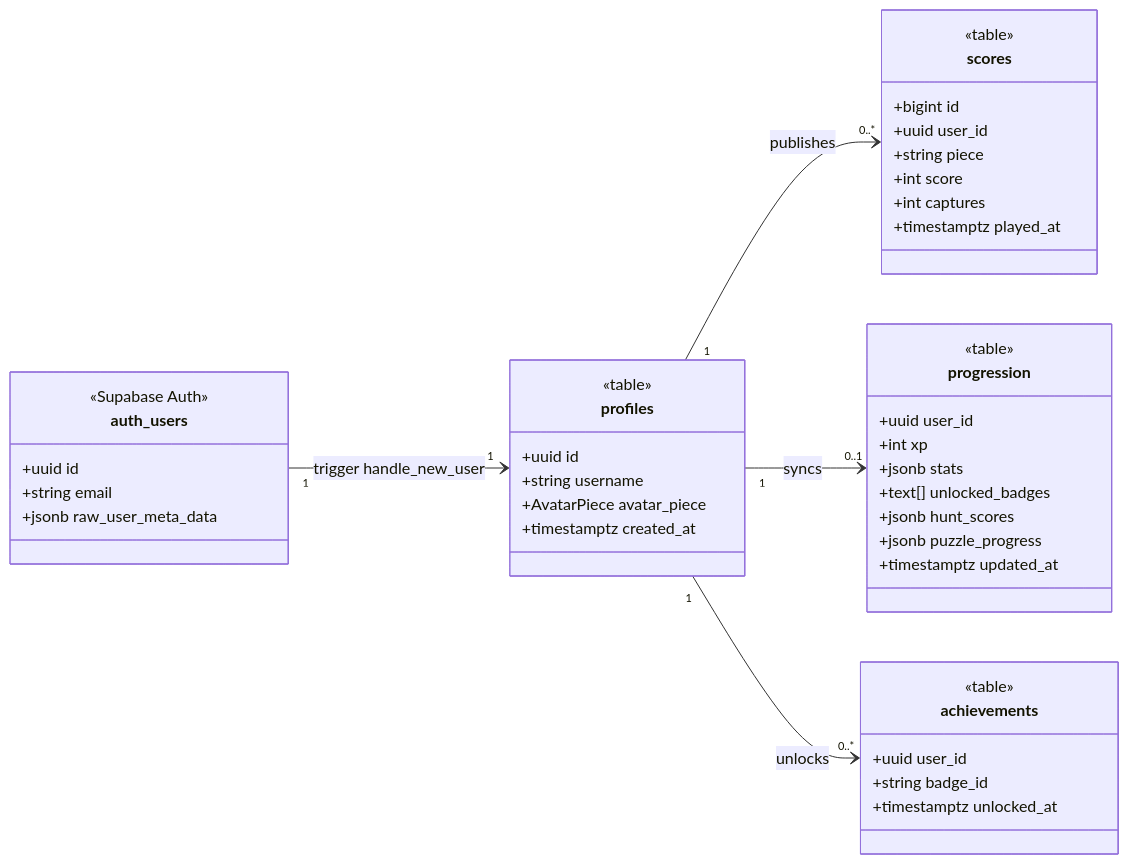
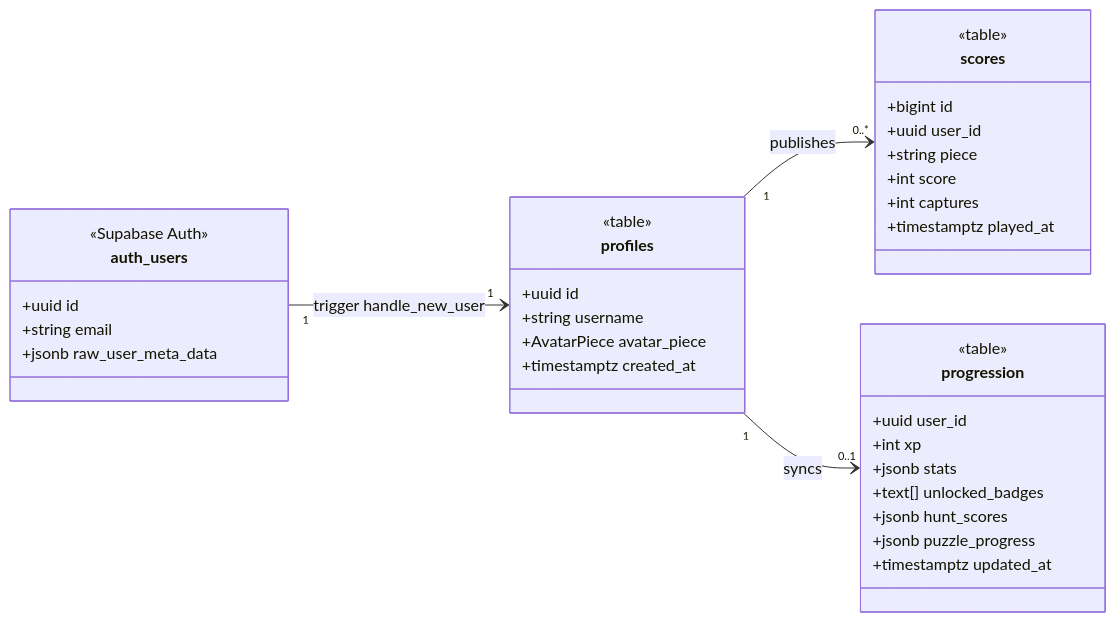
One commit to Amayyas/ChessTrainer changed the fourth of 4 diagrams in docs/architecture.md. Above: the diagram before and after it, drawn with Mermaid. The commit also changed other lines of this file and 4 other files, not shown here.

First line of the commit message:
fix(db): drop the achievements table, which nothing uses

````diff
--- a/docs/architecture.md
+++ b/docs/architecture.md
@@ -379,52 +379,44 @@
 ```mermaid
 classDiagram
     direction LR
 
     class auth_users {
         <<Supabase Auth>>
         +uuid id
         +string email
         +jsonb raw_user_meta_data
     }
 
     class profiles {
         <<table>>
         +uuid id
         +string username
         +AvatarPiece avatar_piece
         +timestamptz created_at
     }
 
     class scores {
         <<table>>
         +bigint id
         +uuid user_id
         +string piece
         +int score
         +int captures
         +timestamptz played_at
     }
 
     class progression {
         <<table>>
         +uuid user_id
         +int xp
         +jsonb stats
         +text[] unlocked_badges
         +jsonb hunt_scores
         +jsonb puzzle_progress
         +timestamptz updated_at
     }
 
-    class achievements {
-        <<table>>
-        +uuid user_id
-        +string badge_id
-        +timestamptz unlocked_at
-    }
-
     auth_users "1" --> "1" profiles : trigger handle_new_user
     profiles "1" --> "0..*" scores : publishes
     profiles "1" --> "0..1" progression : syncs
-    profiles "1" --> "0..*" achievements : unlocks
 ```
````
